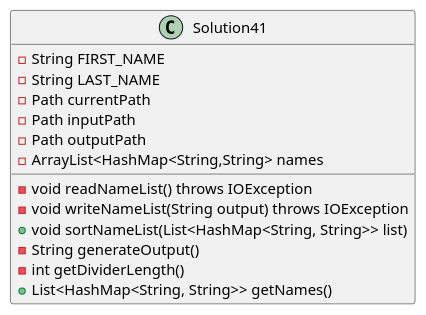
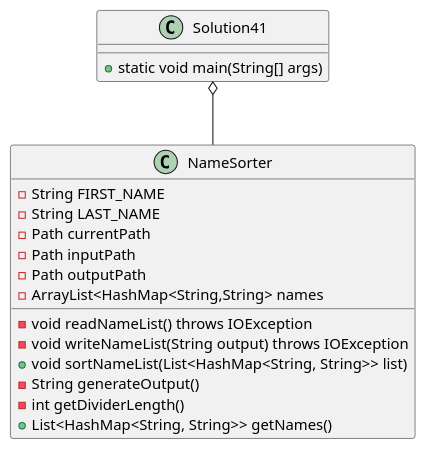
One commit to ethandrzb/thomas-a04 changed the diagram in exercise41/docs/class_diagram.puml. Above: the diagram before and after it, drawn with PlantUML. The commit also changed 2 other files, not shown here.

Commit message:
Moved NameSorter to separate class. Solution41 now acts only as a runner for NameSorter. Updated unit tests and PlantUML diagram accordingly.

```diff
--- a/exercise41/docs/class_diagram.puml
+++ b/exercise41/docs/class_diagram.puml
@@ -1,21 +1,28 @@
 @startuml
 'https://plantuml.com/class-diagram
 
 class Solution41
 {
--String FIRST_NAME
--String LAST_NAME
--Path currentPath
--Path inputPath
--Path outputPath
--ArrayList<HashMap<String,String> names
-
--void readNameList() throws IOException
--void writeNameList(String output) throws IOException
-+void sortNameList(List<HashMap<String, String>> list)
--String generateOutput()
--int getDividerLength()
-+List<HashMap<String, String>> getNames()
+    +static void main(String[] args)
 }
 
+class NameSorter
+{
+    -String FIRST_NAME
+    -String LAST_NAME
+    -Path currentPath
+    -Path inputPath
+    -Path outputPath
+    -ArrayList<HashMap<String,String> names
+
+    -void readNameList() throws IOException
+    -void writeNameList(String output) throws IOException
+    +void sortNameList(List<HashMap<String, String>> list)
+    -String generateOutput()
+    -int getDividerLength()
+    +List<HashMap<String, String>> getNames()
+}
+
+Solution41 o-- NameSorter
+
 @enduml
```
